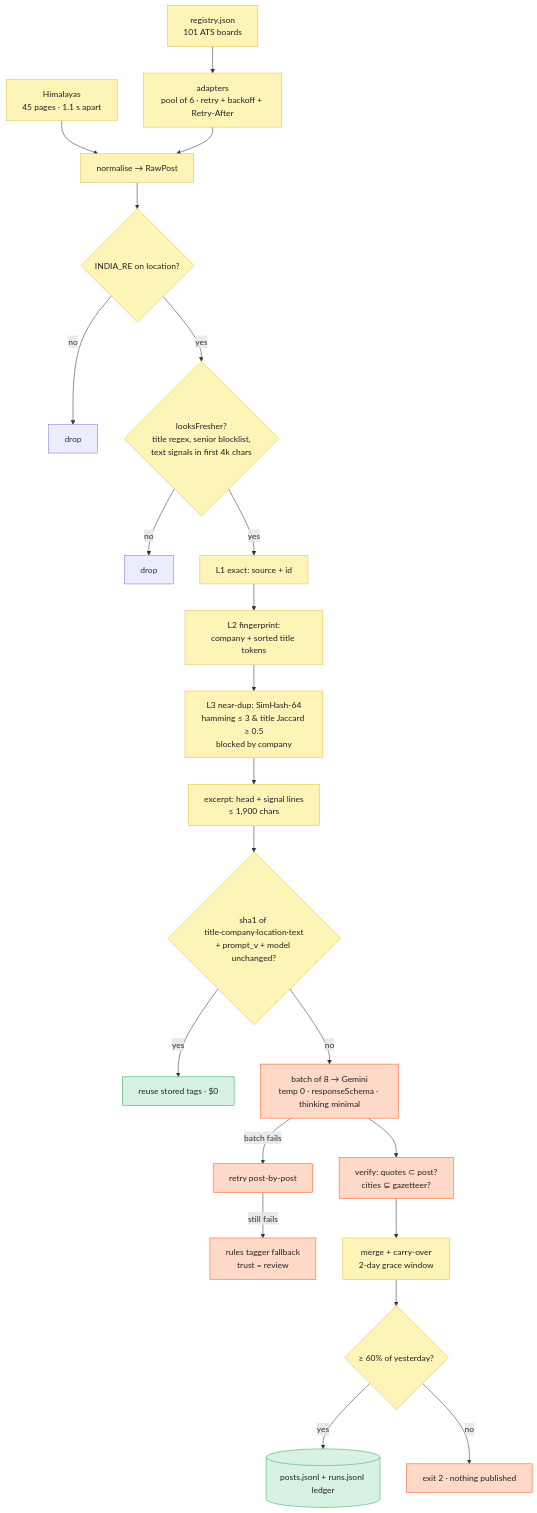
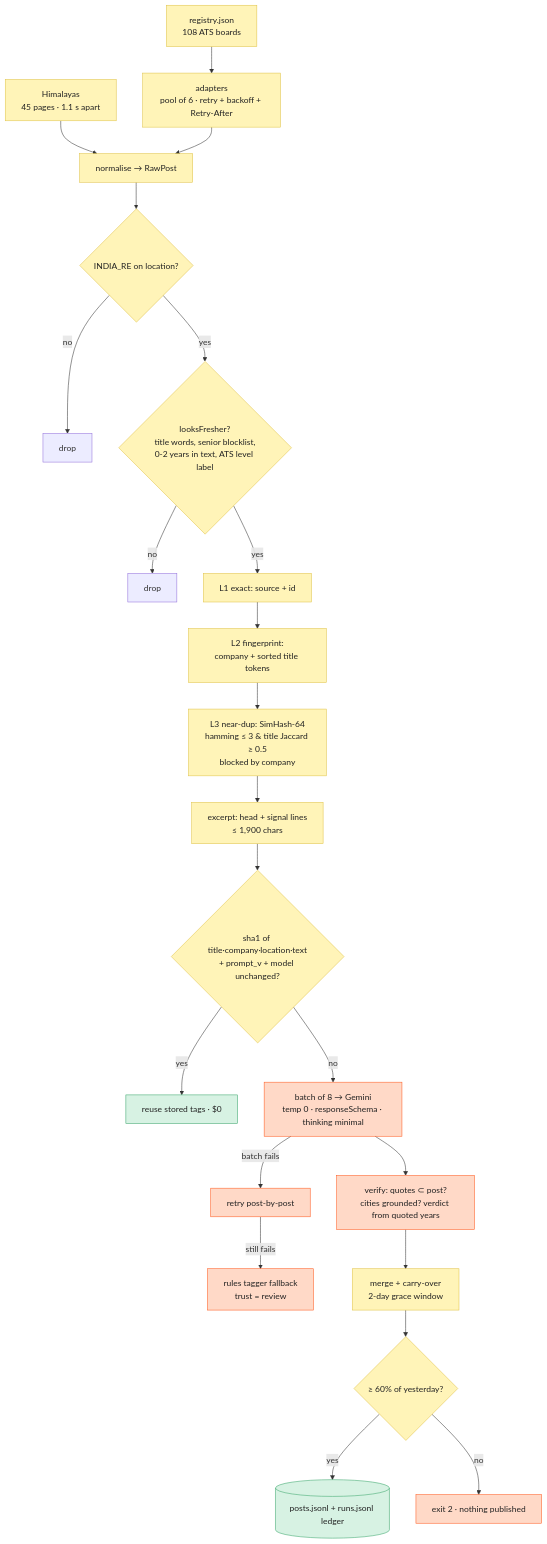
One commit to parikhrjt/beep_assignment changed the third of 6 diagrams in README.md. Above: the diagram before and after it, drawn with Mermaid. The commit also changed other lines of this file and 37 other files, not shown here.

````diff
--- a/README.md
+++ b/README.md
@@ -162,26 +186,26 @@
 ```mermaid
 flowchart TD
   classDef s fill:#fff4b8,stroke:#e0c34a,color:#222
   classDef h fill:#ffd9c7,stroke:#ff5a1f,color:#222
   classDef g fill:#d7f2e3,stroke:#3aa66b,color:#222
 
-  A[registry.json<br/>101 ATS boards]:::s --> B[adapters<br/>pool of 6 · retry + backoff + Retry-After]:::s
+  A[registry.json<br/>108 ATS boards]:::s --> B[adapters<br/>pool of 6 · retry + backoff + Retry-After]:::s
   H[Himalayas<br/>45 pages · 1.1 s apart]:::s --> N
   B --> N[normalise → RawPost]:::s
   N --> I{INDIA_RE on location?}:::s
   I -- no --> drop1[drop]
-  I -- yes --> Q{looksFresher?<br/>title regex, senior blocklist,<br/>text signals in first 4k chars}:::s
+  I -- yes --> Q{looksFresher?<br/>title words, senior blocklist,<br/>0-2 years in text, ATS level label}:::s
   Q -- no --> drop2[drop]
   Q -- yes --> L1[L1 exact: source + id]:::s --> L2[L2 fingerprint:<br/>company + sorted title tokens]:::s --> L3[L3 near-dup: SimHash-64<br/>hamming ≤ 3 & title Jaccard ≥ 0.5<br/>blocked by company]:::s
   L3 --> X[excerpt: head + signal lines<br/>≤ 1,900 chars]:::s
   X --> HC{sha1 of title·company·location·text<br/>+ prompt_v + model unchanged?}:::s
   HC -- yes --> keep[reuse stored tags · $0]:::g
   HC -- no --> T[batch of 8 → Gemini<br/>temp 0 · responseSchema · thinking minimal]:::h
   T -- batch fails --> T1[retry post-by-post]:::h
   T1 -- still fails --> RF[rules tagger fallback<br/>trust = review]:::h
-  T --> V[verify: quotes ⊂ post?<br/>cities ⊆ gazetteer?]:::h
+  T --> V[verify: quotes ⊂ post?<br/>cities grounded? verdict from quoted years]:::h
   V --> M[merge + carry-over<br/>2-day grace window]:::s
   M --> QG{≥ 60% of yesterday?}:::s
   QG -- yes --> W[(posts.jsonl + runs.jsonl ledger)]:::g
   QG -- no --> stop[exit 2 · nothing published]:::h
 ```
````
